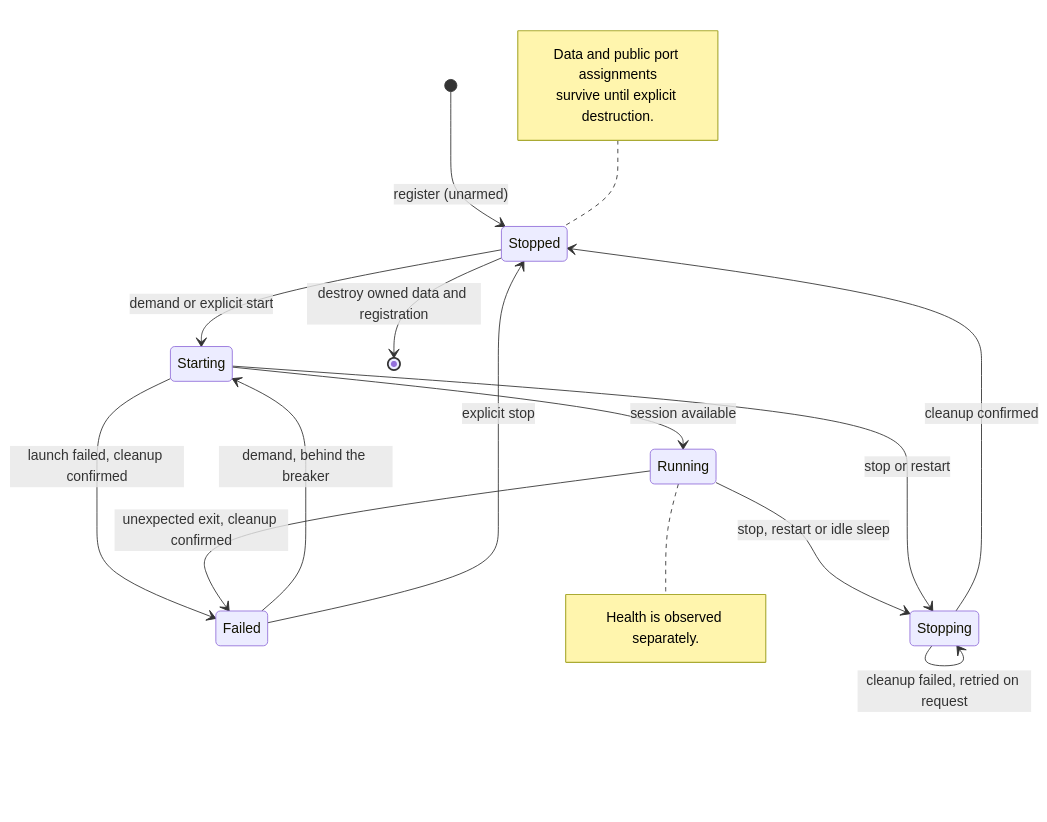
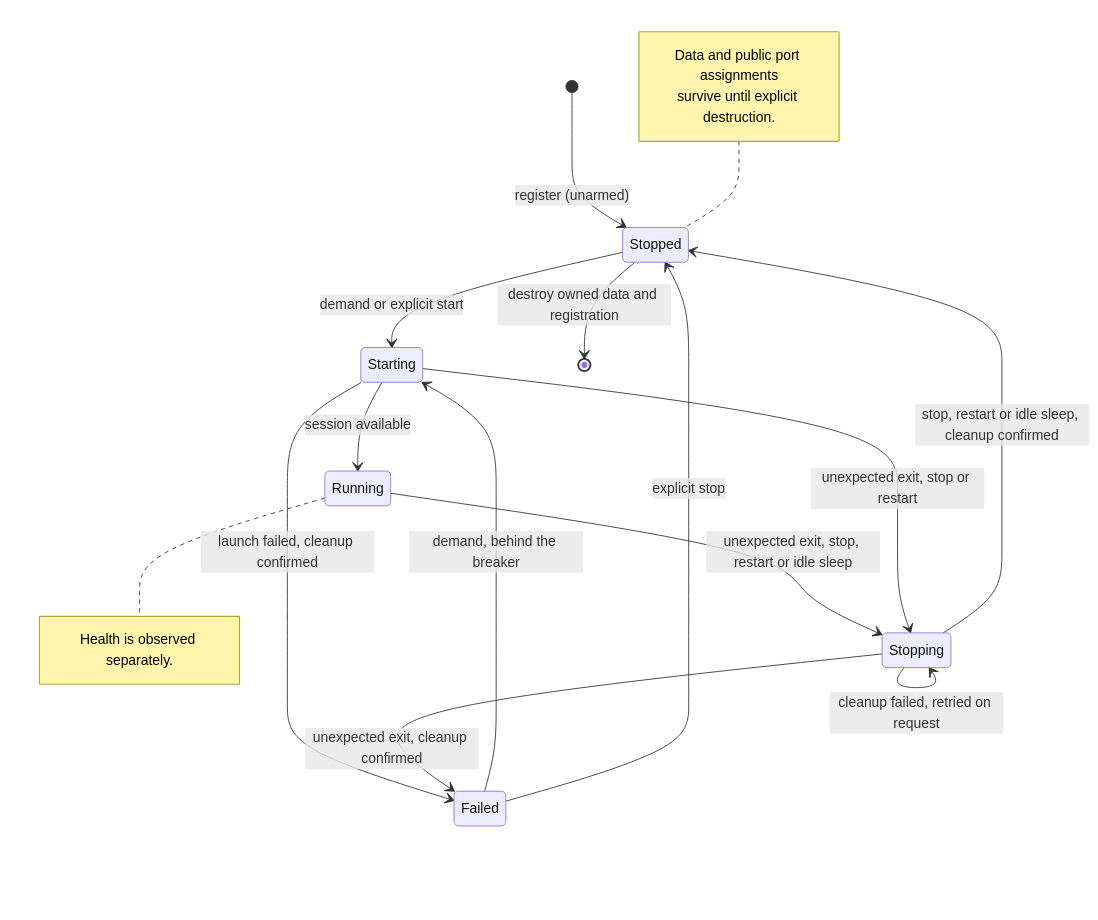
One commit to supabase/cli changed the second of 12 diagrams in packages/stack/ARCHITECTURE.md. Above: the diagram before and after it, drawn with Mermaid. The commit also changed other lines of this file and 6 other files, not shown here.

Commit message:
fix(stack): stop routing to a crashed workload while its cleanup runs

````diff
--- a/packages/stack/ARCHITECTURE.md
+++ b/packages/stack/ARCHITECTURE.md
@@ -77,23 +77,23 @@
 ```mermaid
 stateDiagram-v2
     [*] --> Stopped: register (unarmed)
     Stopped --> Starting: demand or explicit start
     Starting --> Running: session available
     Starting --> Failed: launch failed, cleanup confirmed
-    Running --> Failed: unexpected exit, cleanup confirmed
-    Running --> Stopping: stop, restart or idle sleep
-    Starting --> Stopping: stop or restart
-    Stopping --> Stopped: cleanup confirmed
+    Running --> Stopping: unexpected exit, stop, restart or idle sleep
+    Starting --> Stopping: unexpected exit, stop or restart
+    Stopping --> Failed: unexpected exit, cleanup confirmed
+    Stopping --> Stopped: stop, restart or idle sleep, cleanup confirmed
     Stopping --> Stopping: cleanup failed, retried on request
     Failed --> Starting: demand, behind the breaker
     Failed --> Stopped: explicit stop
     Stopped --> [*]: destroy owned data and registration
 
     note right of Running
         Health is observed separately.
     end note
     note left of Stopped
         Data and public port assignments
         survive until explicit destruction.
     end note
 ```
````
